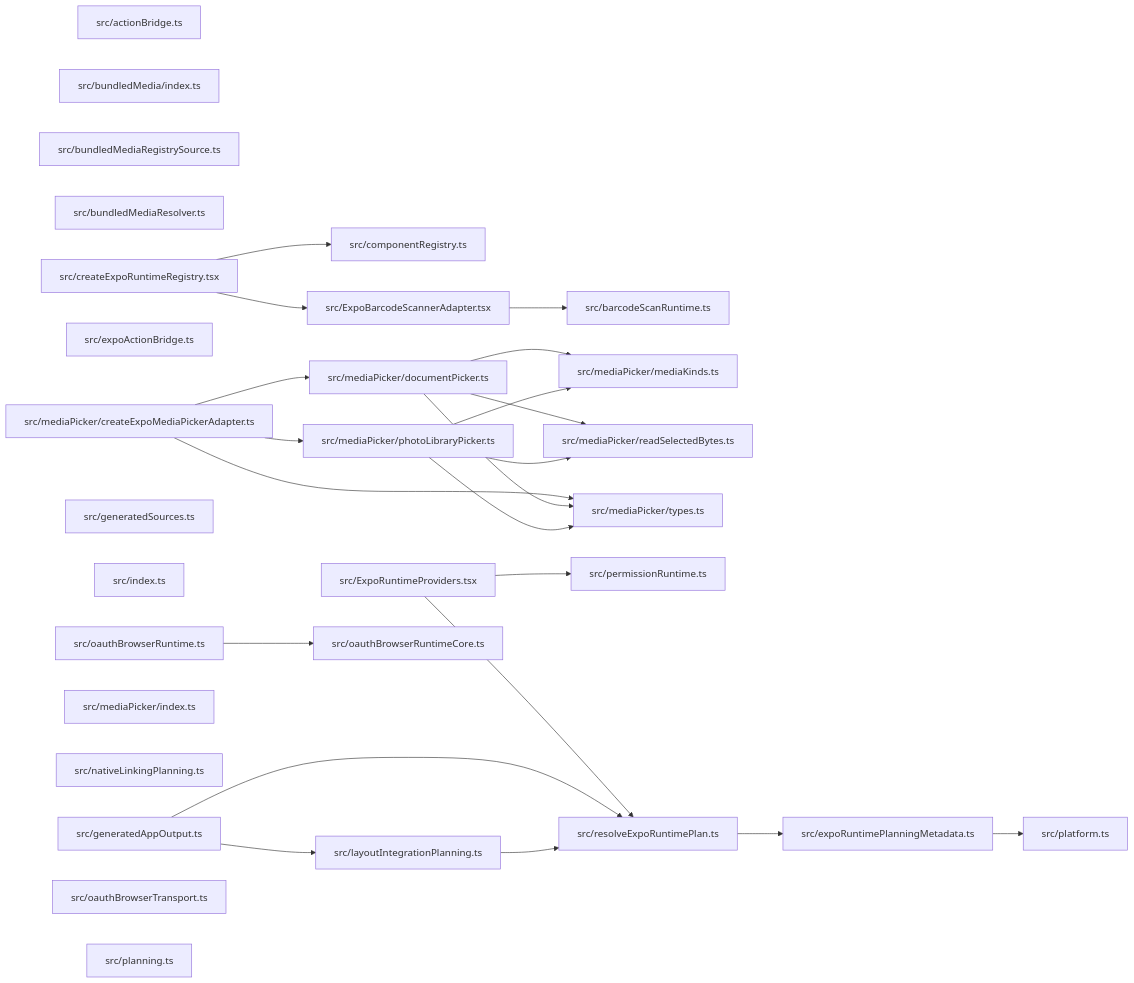
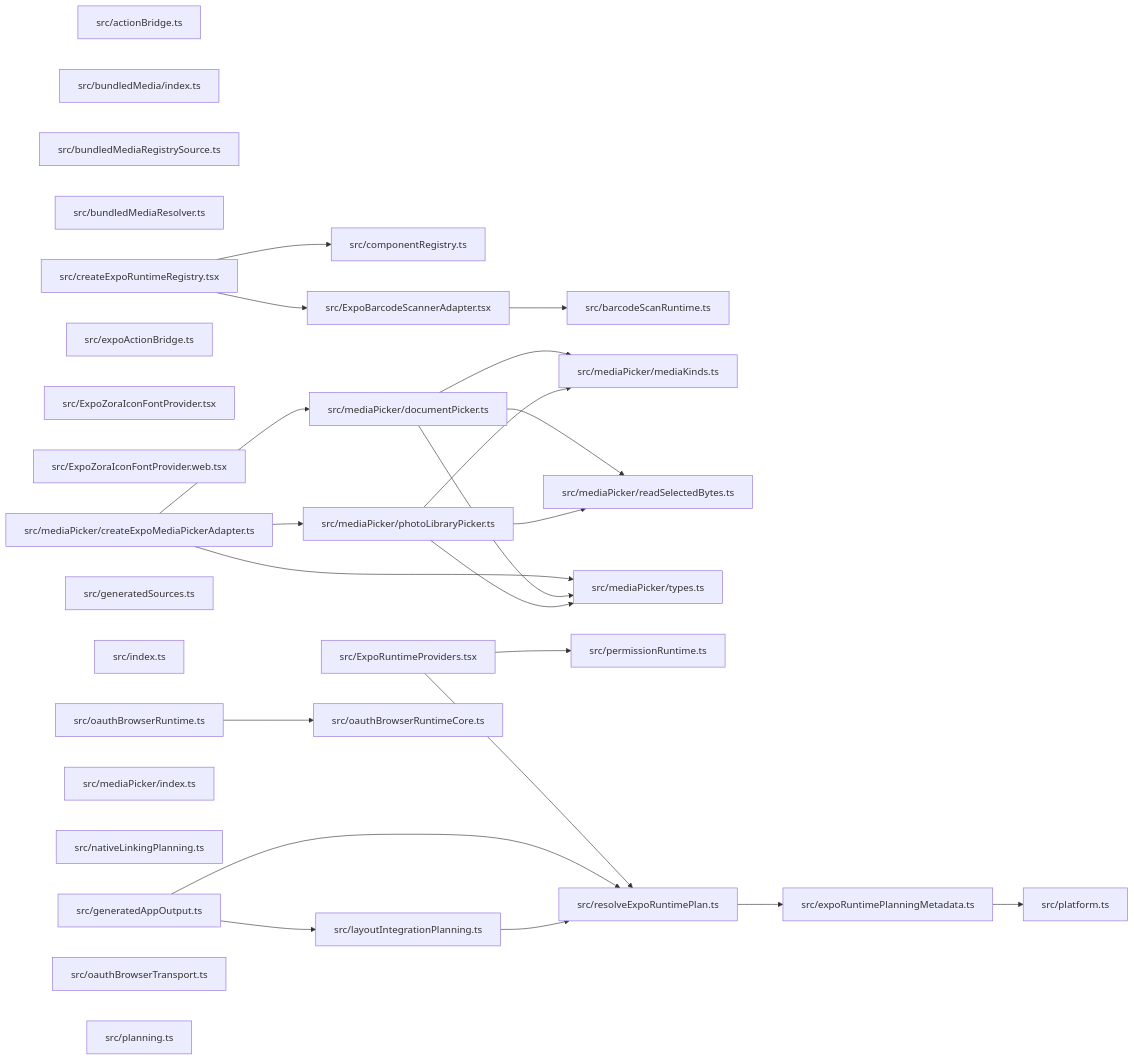
Before and after one commit to ankhorage/expo-runtime: the diagram in paradox/diagrams/module-relationships.mmd, drawn with Mermaid. The commit also changed 18 other files, not shown here.

Commit message:
fix: load zora icon fonts on expo web

```diff
--- a/paradox/diagrams/module-relationships.mmd
+++ b/paradox/diagrams/module-relationships.mmd
@@ -1,51 +1,53 @@
 graph LR
   module_src_actionBridge_ts["src/actionBridge.ts"]
   module_src_barcodeScanRuntime_ts["src/barcodeScanRuntime.ts"]
   module_src_bundledMedia_index_ts["src/bundledMedia/index.ts"]
   module_src_bundledMediaRegistrySource_ts["src/bundledMediaRegistrySource.ts"]
   module_src_bundledMediaResolver_ts["src/bundledMediaResolver.ts"]
   module_src_componentRegistry_ts["src/componentRegistry.ts"]
   module_src_createExpoRuntimeRegistry_tsx["src/createExpoRuntimeRegistry.tsx"]
   module_src_expoActionBridge_ts["src/expoActionBridge.ts"]
   module_src_ExpoBarcodeScannerAdapter_tsx["src/ExpoBarcodeScannerAdapter.tsx"]
   module_src_expoRuntimePlanningMetadata_ts["src/expoRuntimePlanningMetadata.ts"]
   module_src_ExpoRuntimeProviders_tsx["src/ExpoRuntimeProviders.tsx"]
+  module_src_ExpoZoraIconFontProvider_tsx["src/ExpoZoraIconFontProvider.tsx"]
+  module_src_ExpoZoraIconFontProvider_web_tsx["src/ExpoZoraIconFontProvider.web.tsx"]
   module_src_generatedAppOutput_ts["src/generatedAppOutput.ts"]
   module_src_generatedSources_ts["src/generatedSources.ts"]
   module_src_index_ts["src/index.ts"]
   module_src_layoutIntegrationPlanning_ts["src/layoutIntegrationPlanning.ts"]
   module_src_mediaPicker_createExpoMediaPickerAdapter_ts["src/mediaPicker/createExpoMediaPickerAdapter.ts"]
   module_src_mediaPicker_documentPicker_ts["src/mediaPicker/documentPicker.ts"]
   module_src_mediaPicker_index_ts["src/mediaPicker/index.ts"]
   module_src_mediaPicker_mediaKinds_ts["src/mediaPicker/mediaKinds.ts"]
   module_src_mediaPicker_photoLibraryPicker_ts["src/mediaPicker/photoLibraryPicker.ts"]
   module_src_mediaPicker_readSelectedBytes_ts["src/mediaPicker/readSelectedBytes.ts"]
   module_src_mediaPicker_types_ts["src/mediaPicker/types.ts"]
   module_src_nativeLinkingPlanning_ts["src/nativeLinkingPlanning.ts"]
   module_src_oauthBrowserRuntime_ts["src/oauthBrowserRuntime.ts"]
   module_src_oauthBrowserRuntimeCore_ts["src/oauthBrowserRuntimeCore.ts"]
   module_src_oauthBrowserTransport_ts["src/oauthBrowserTransport.ts"]
   module_src_permissionRuntime_ts["src/permissionRuntime.ts"]
   module_src_planning_ts["src/planning.ts"]
   module_src_platform_ts["src/platform.ts"]
   module_src_resolveExpoRuntimePlan_ts["src/resolveExpoRuntimePlan.ts"]
   module_src_createExpoRuntimeRegistry_tsx --> module_src_componentRegistry_ts
   module_src_createExpoRuntimeRegistry_tsx --> module_src_ExpoBarcodeScannerAdapter_tsx
   module_src_ExpoBarcodeScannerAdapter_tsx --> module_src_barcodeScanRuntime_ts
   module_src_expoRuntimePlanningMetadata_ts --> module_src_platform_ts
   module_src_ExpoRuntimeProviders_tsx --> module_src_permissionRuntime_ts
   module_src_ExpoRuntimeProviders_tsx --> module_src_resolveExpoRuntimePlan_ts
   module_src_generatedAppOutput_ts --> module_src_layoutIntegrationPlanning_ts
   module_src_generatedAppOutput_ts --> module_src_resolveExpoRuntimePlan_ts
   module_src_layoutIntegrationPlanning_ts --> module_src_resolveExpoRuntimePlan_ts
   module_src_mediaPicker_createExpoMediaPickerAdapter_ts --> module_src_mediaPicker_documentPicker_ts
   module_src_mediaPicker_createExpoMediaPickerAdapter_ts --> module_src_mediaPicker_photoLibraryPicker_ts
   module_src_mediaPicker_createExpoMediaPickerAdapter_ts --> module_src_mediaPicker_types_ts
   module_src_mediaPicker_documentPicker_ts --> module_src_mediaPicker_mediaKinds_ts
   module_src_mediaPicker_documentPicker_ts --> module_src_mediaPicker_readSelectedBytes_ts
   module_src_mediaPicker_documentPicker_ts --> module_src_mediaPicker_types_ts
   module_src_mediaPicker_photoLibraryPicker_ts --> module_src_mediaPicker_mediaKinds_ts
   module_src_mediaPicker_photoLibraryPicker_ts --> module_src_mediaPicker_readSelectedBytes_ts
   module_src_mediaPicker_photoLibraryPicker_ts --> module_src_mediaPicker_types_ts
   module_src_oauthBrowserRuntime_ts --> module_src_oauthBrowserRuntimeCore_ts
   module_src_resolveExpoRuntimePlan_ts --> module_src_expoRuntimePlanningMetadata_ts
```
